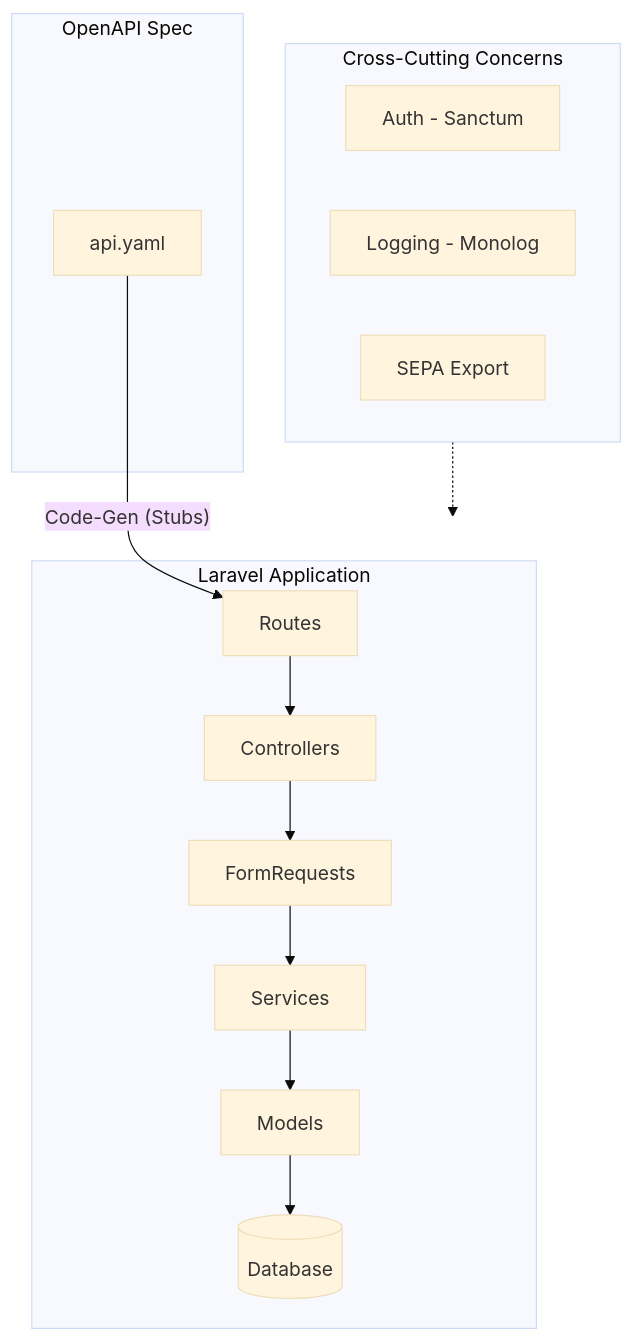
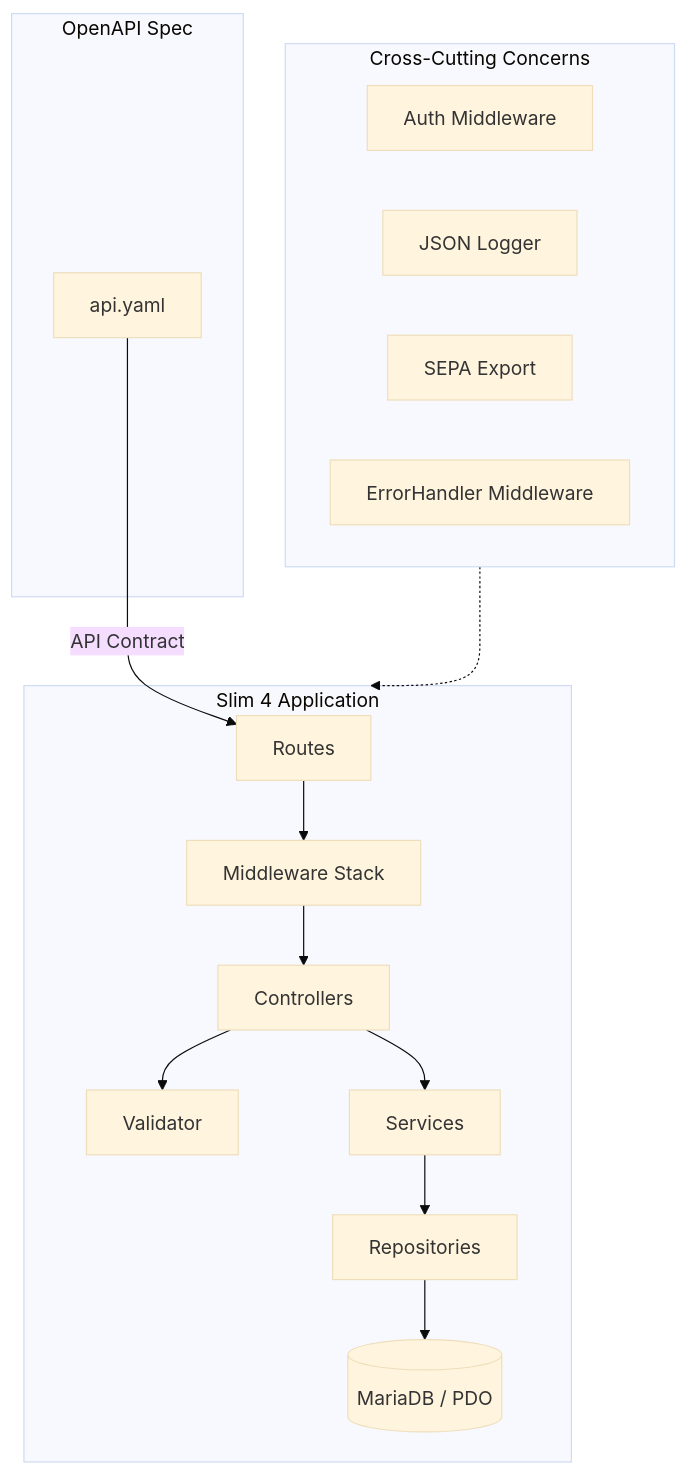
The diagram in backend/technologies.md (dgloeckner/clubbar), drawn with Mermaid (base theme) before and after one commit. The commit also changed other lines of this file and 18 other files, not shown here.

````diff
--- a/backend/technologies.md
+++ b/backend/technologies.md
@@ -42,30 +42,33 @@
 ```mermaid
 flowchart TB
     subgraph OpenAPI["OpenAPI Spec"]
         YAML[api.yaml]
     end
 
-    subgraph Laravel["Laravel Application"]
+    subgraph SlimApp["Slim 4 Application"]
         Routes[Routes]
+        Middleware[Middleware Stack]
         Controllers[Controllers]
-        Requests[FormRequests]
+        Validator[Validator]
         Services[Services]
-        Models[Models]
-        DB[(Database)]
+        Repositories[Repositories]
+        DB[(MariaDB / PDO)]
 
-        Routes --> Controllers
-        Controllers --> Requests
-        Requests --> Services
-        Services --> Models
-        Models --> DB
+        Routes --> Middleware
+        Middleware --> Controllers
+        Controllers --> Validator
+        Controllers --> Services
+        Services --> Repositories
+        Repositories --> DB
     end
 
     subgraph CrossCutting["Cross-Cutting Concerns"]
-        Auth[Auth - Sanctum]
-        Logging[Logging - Monolog]
+        Auth[Auth Middleware]
+        Logging[JSON Logger]
         SEPA[SEPA Export]
+        ErrorHandler[ErrorHandler Middleware]
     end
 
-    YAML -->|"Code-Gen (Stubs)"| Routes
-    CrossCutting -.-> Laravel
+    YAML -->|"API Contract"| Routes
+    CrossCutting -.-> SlimApp
 ```
````
